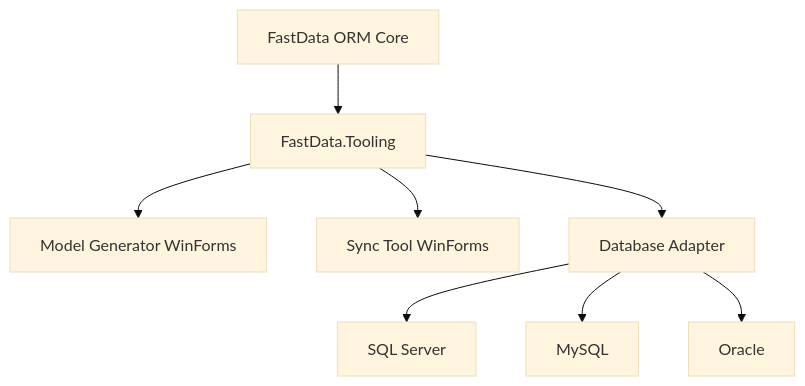
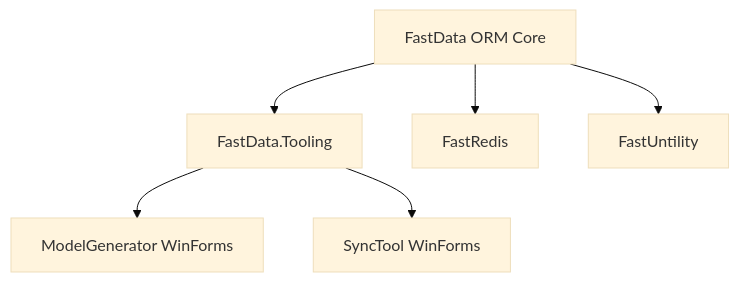
Before and after one commit to SamHub1991/FastData: the first of 3 diagrams in .monkeycode/specs/项目需求2026年5月/design.md, drawn with Mermaid (base theme). The commit also changed other lines of this file and 18 other files, not shown here.

````diff
--- a/.monkeycode/specs/项目需求2026年5月/design.md
+++ b/.monkeycode/specs/项目需求2026年5月/design.md
@@ -19,10 +56,8 @@
 ```mermaid
 graph TD
     A["FastData ORM Core"] --> B["FastData.Tooling"]
-    B --> C["Model Generator WinForms"]
-    B --> D["Sync Tool WinForms"]
-    B --> E["Database Adapter"]
-    E --> F["SQL Server"]
-    E --> G["MySQL"]
-    E --> H["Oracle"]
+    B --> C["ModelGenerator WinForms"]
+    B --> D["SyncTool WinForms"]
+    A --> E["FastRedis"]
+    A --> F["FastUntility"]
 ```
````
